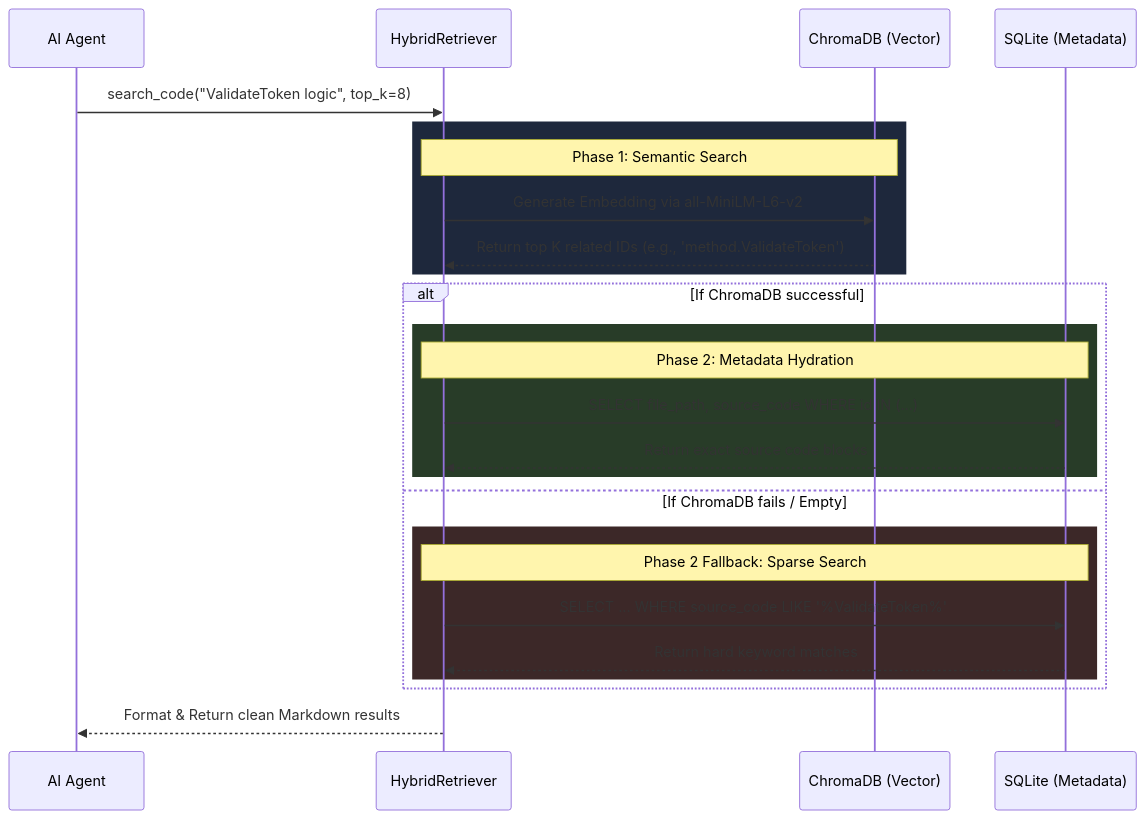
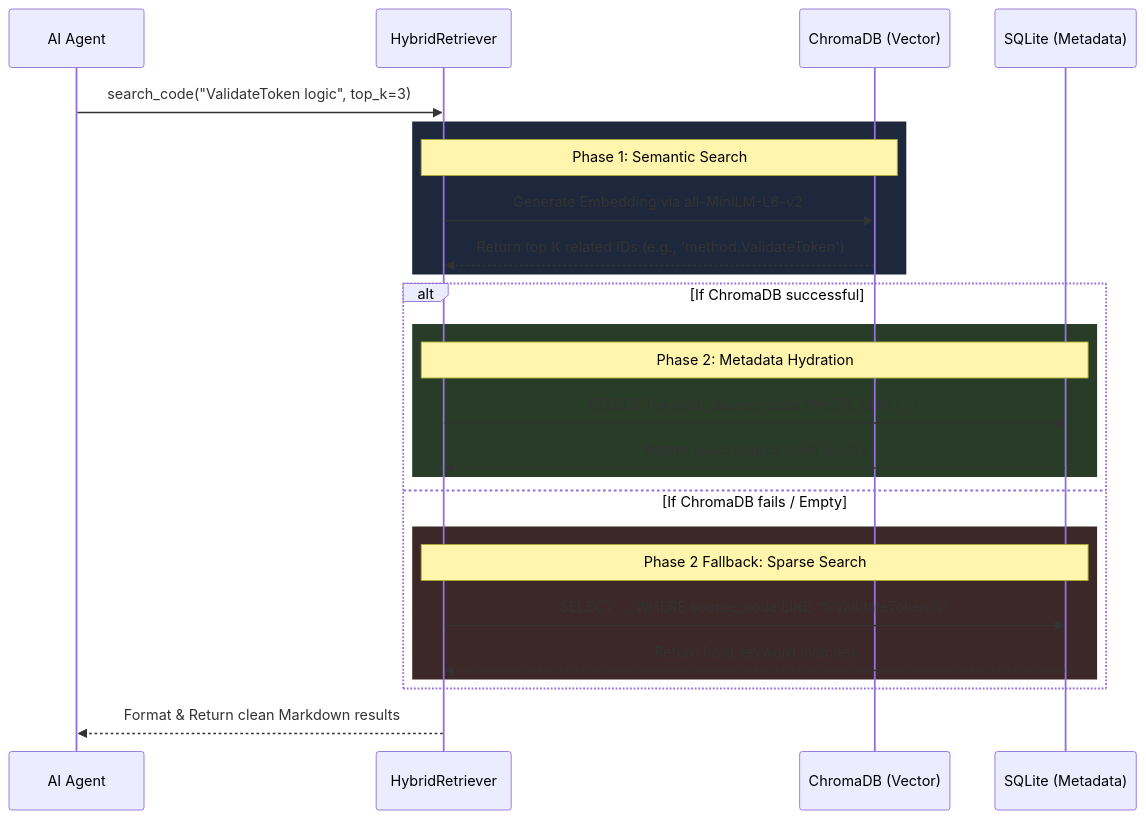
The diagram in docs/SEARCH_CODE.md (hrid0yyy/liteagent), drawn with Mermaid before and after one commit. The commit also changed 5 other files, not shown here.

````diff
--- a/docs/SEARCH_CODE.md
+++ b/docs/SEARCH_CODE.md
@@ -9,31 +9,31 @@
 ```mermaid
 sequenceDiagram
     participant A as AI Agent
     participant R as HybridRetriever
     participant C as ChromaDB (Vector)
     participant S as SQLite (Metadata)
 
-    A->>R: search_code("ValidateToken logic", top_k=8)
+    A->>R: search_code("ValidateToken logic", top_k=3)
     
     rect rgb(30, 40, 60)
         Note over R, C: Phase 1: Semantic Search
         R->>C: Generate Embedding via all-MiniLM-L6-v2
         C-->>R: Return top K related IDs (e.g., 'method.ValidateToken')
     end
     
     alt If ChromaDB successful
         rect rgb(40, 60, 40)
             Note over R, S: Phase 2: Metadata Hydration
             R->>S: SELECT file_path, source_code WHERE id IN (...)
             S-->>R: Return exact source code blocks
         end
     else If ChromaDB fails / Empty
         rect rgb(60, 40, 40)
             Note over R, S: Phase 2 Fallback: Sparse Search
             R->>S: SELECT ... WHERE source_code LIKE '%ValidateToken%'
             S-->>R: Return hard keyword matches
         end
     end
     
     R-->>A: Format & Return clean Markdown results
 ```
````
